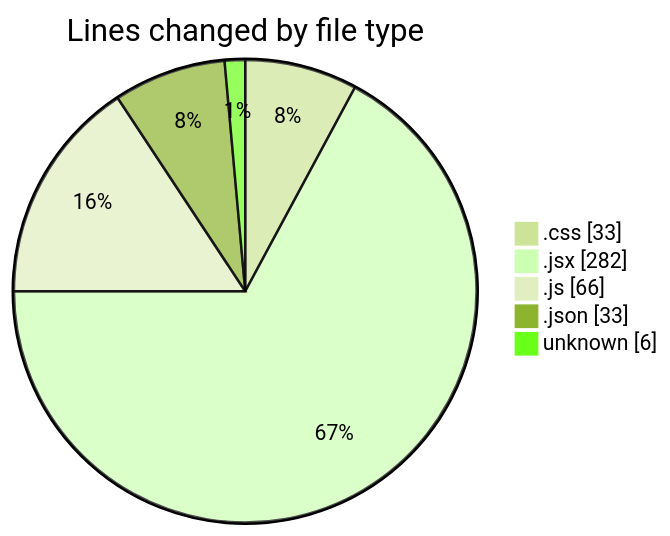
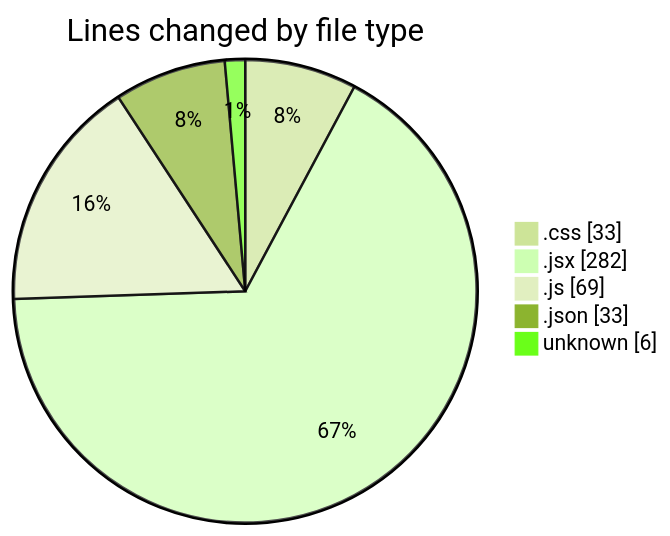
The first of 2 diagrams in 2025-02-14/elitegpt/README.md (Elitesun/code-tracking), drawn with Mermaid (forest theme) before and after one commit. The commit also changed other lines of this file and 1 other file, not shown here.

````diff
--- a/2025-02-14/elitegpt/README.md
+++ b/2025-02-14/elitegpt/README.md
@@ -32,9 +32,9 @@
 ```mermaid
 pie showData
 title Lines changed by file type
 ".css" : 33
 ".jsx" : 282
-".js" : 66
+".js" : 69
 ".json" : 33
 "unknown" : 6
 ```
````
